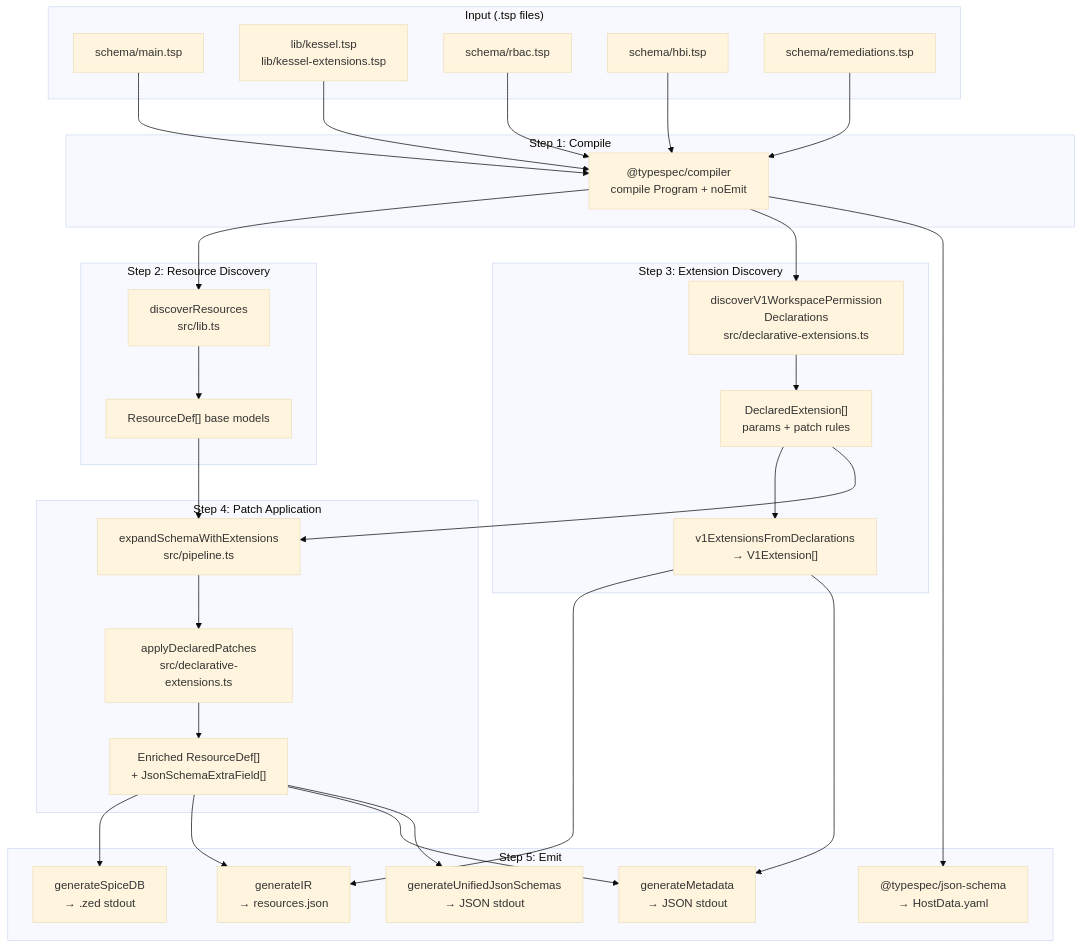
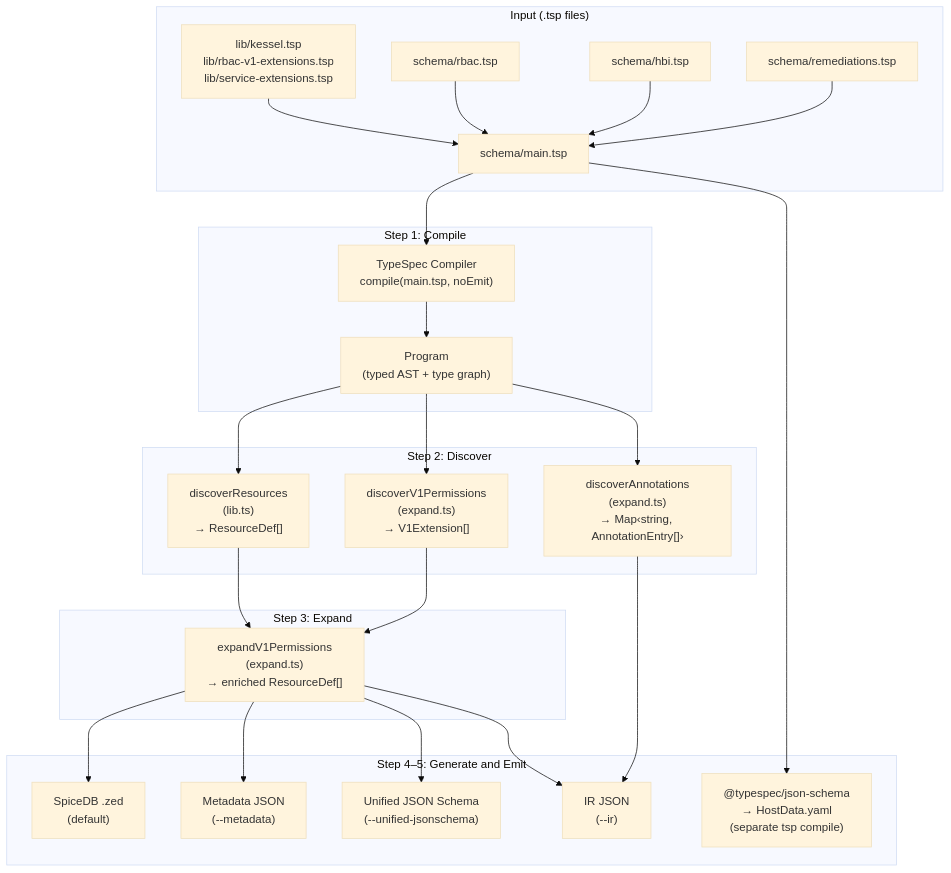
One commit to akoserwal/typespec-as-schema changed the first of 2 diagrams in docs/TypeSpec-POC-Design-Document.md. Above: the diagram before and after it, drawn with Mermaid (base theme). The commit also changed other lines of this file and 21 other files, not shown here.

First line of the commit message:
Simplify TypeSpec POC: replace generic patch framework with explicit expansion

````diff
--- a/docs/TypeSpec-POC-Design-Document.md
+++ b/docs/TypeSpec-POC-Design-Document.md
@@ -148,66 +284,50 @@
 ```mermaid
 flowchart TB
   subgraph input ["Input (.tsp files)"]
-    Main["schema/main.tsp"]
-    Lib["lib/kessel.tsp\nlib/kessel-extensions.tsp"]
-    RBAC["schema/rbac.tsp"]
-    HBI["schema/hbi.tsp"]
-    REM["schema/remediations.tsp"]
+    lib["lib/kessel.tsp\nlib/rbac-v1-extensions.tsp\nlib/service-extensions.tsp"]
+    rbac["schema/rbac.tsp"]
+    hbi["schema/hbi.tsp"]
+    rem["schema/remediations.tsp"]
+    main["schema/main.tsp"]
   end
 
   subgraph step1 ["Step 1: Compile"]
-    Compiler["@typespec/compiler\ncompile Program + noEmit"]
+    compiler["TypeSpec Compiler\ncompile(main.tsp, noEmit)"]
+    program["Program\n(typed AST + type graph)"]
   end
 
-  subgraph step2 ["Step 2: Resource Discovery"]
-    DR["discoverResources\nsrc/lib.ts"]
-    RD["ResourceDef[] base models"]
+  subgraph step2 ["Step 2: Discover"]
+    dr["discoverResources\n(lib.ts)\n→ ResourceDef[]"]
+    dv["discoverV1Permissions\n(expand.ts)\n→ V1Extension[]"]
+    da["discoverAnnotations\n(expand.ts)\n→ Map‹string, AnnotationEntry[]›"]
   end
 
-  subgraph step3 ["Step 3: Extension Discovery"]
-    DV1["discoverV1WorkspacePermission\nDeclarations\nsrc/declarative-extensions.ts"]
-    Decl["DeclaredExtension[]\nparams + patch rules"]
-    V1E["v1ExtensionsFromDeclarations\n→ V1Extension[]"]
+  subgraph step3 ["Step 3: Expand"]
+    expand["expandV1Permissions\n(expand.ts)\n→ enriched ResourceDef[]"]
   end
 
-  subgraph step4 ["Step 4: Patch Application"]
-    Expand["expandSchemaWithExtensions\nsrc/pipeline.ts"]
-    Apply["applyDeclaredPatches\nsrc/declarative-extensions.ts"]
-    Full["Enriched ResourceDef[]\n+ JsonSchemaExtraField[]"]
+  subgraph step4 ["Step 4–5: Generate and Emit"]
+    spicedb["SpiceDB .zed\n(default)"]
+    meta["Metadata JSON\n(--metadata)"]
+    ujson["Unified JSON Schema\n(--unified-jsonschema)"]
+    ir["IR JSON\n(--ir)"]
+    builtin["@typespec/json-schema\n→ HostData.yaml\n(separate tsp compile)"]
   end
 
-  subgraph output ["Step 5: Emit"]
-    SpiceDB["generateSpiceDB\n→ .zed stdout"]
-    IR["generateIR\n→ resources.json"]
-    Meta["generateMetadata\n→ JSON stdout"]
-    UJSON["generateUnifiedJsonSchemas\n→ JSON stdout"]
-    BuiltIn["@typespec/json-schema\n→ HostData.yaml"]
-  end
-
-  Main --> Compiler
-  Lib --> Compiler
-  RBAC --> Compiler
-  HBI --> Compiler
-  REM --> Compiler
-
-  Compiler --> DR
-  DR --> RD
-
-  Compiler --> DV1
-  DV1 --> Decl
-  Decl --> V1E
-
-  RD --> Expand
-  Decl --> Expand
-  Expand --> Apply
-  Apply --> Full
-
-  Full --> SpiceDB
-  Full --> IR
-  Full --> Meta
-  Full --> UJSON
-  V1E --> IR
-  V1E --> Meta
-
-  Compiler --> BuiltIn
+  lib --> main
+  rbac --> main
+  hbi --> main
+  rem --> main
+  main --> compiler --> program
+  program --> dr
+  program --> dv
+  program --> da
+  dr --> expand
+  dv --> expand
+  expand --> spicedb
+  expand --> meta
+  expand --> ujson
+  da --> ir
+  expand --> ir
+  main --> builtin
 ```
````
